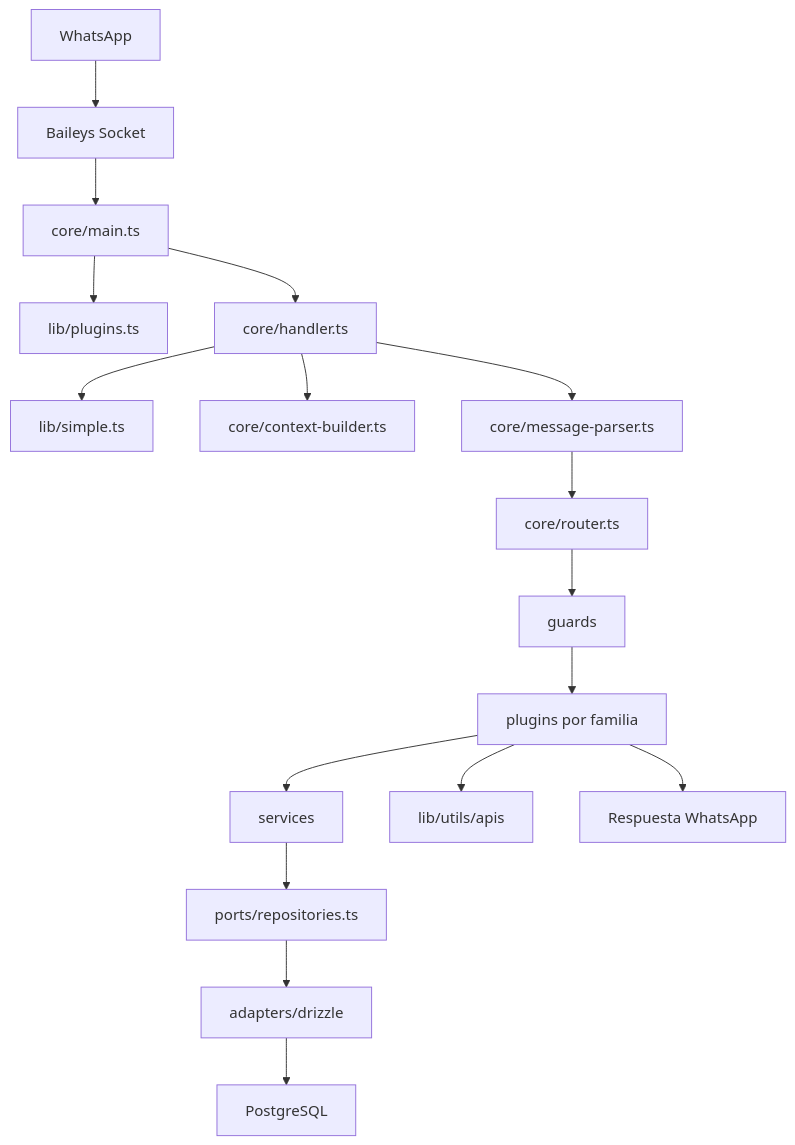
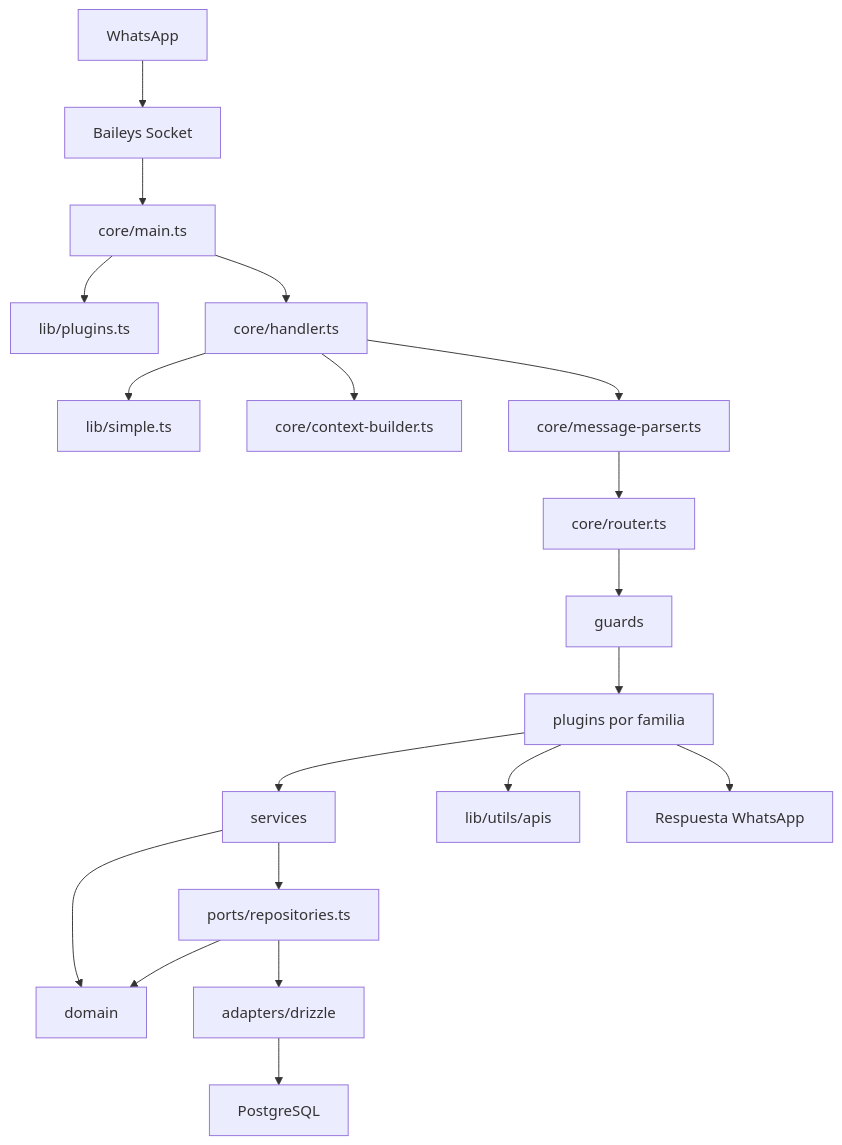
The diagram in README.md (JuliusSauco/zycryx-whatsapp-chat-bot-template), drawn with Mermaid before and after one commit. The commit also changed other lines of this file, not shown here.

````diff
--- a/README.md
+++ b/README.md
@@ -417,19 +420,21 @@
 ```mermaid
 flowchart TD
     A["WhatsApp"] --> B["Baileys Socket"]
     B --> C["core/main.ts"]
     C --> D["lib/plugins.ts"]
     C --> E["core/handler.ts"]
     E --> F["lib/simple.ts"]
     E --> G["core/context-builder.ts"]
     E --> H["core/message-parser.ts"]
     H --> I["core/router.ts"]
     I --> J["guards"]
     J --> K["plugins por familia"]
     K --> L["services"]
+    L --> Q["domain"]
     L --> M["ports/repositories.ts"]
+    M --> Q
     M --> N["adapters/drizzle"]
     N --> P["PostgreSQL"]
     K --> R["lib/utils/apis"]
     K --> S["Respuesta WhatsApp"]
 ```
````
